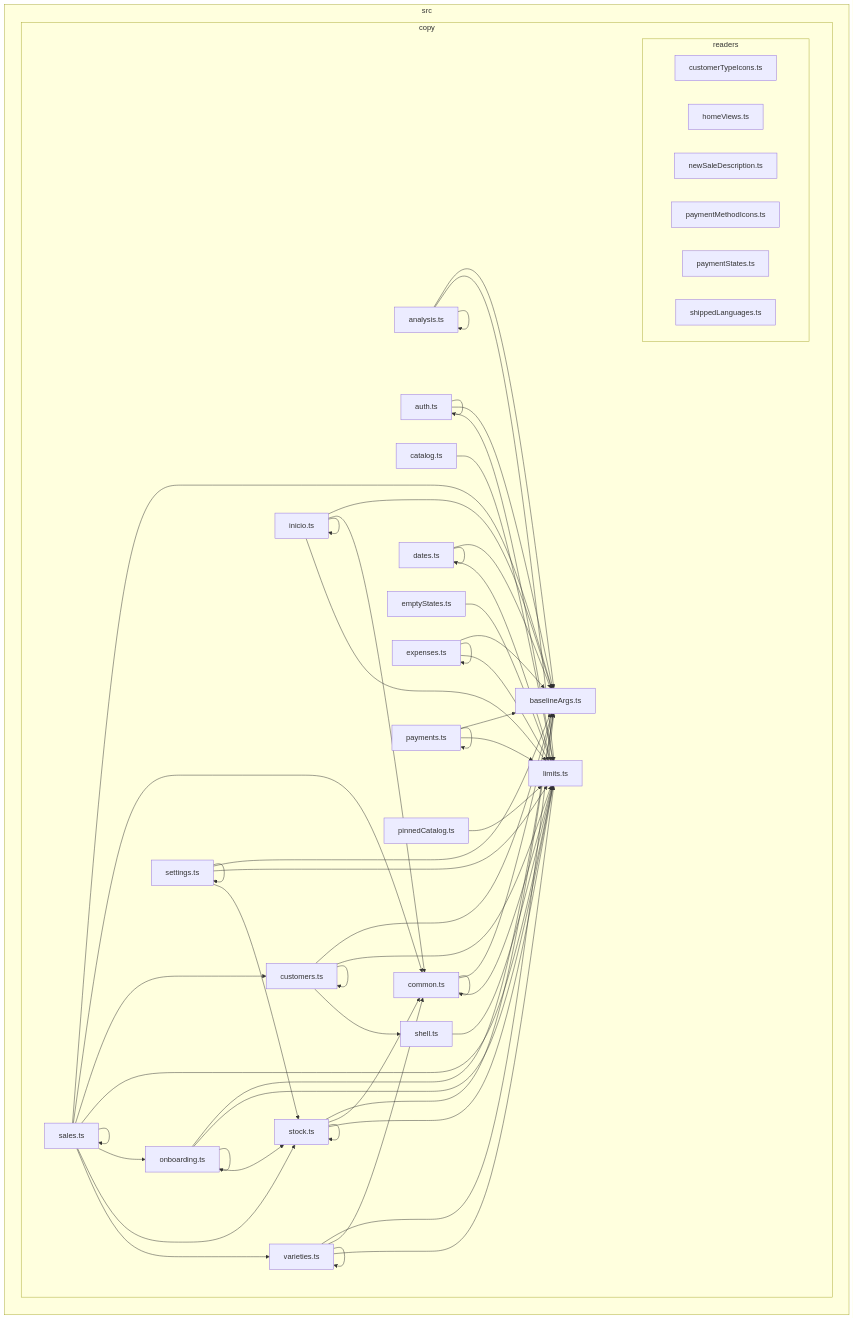
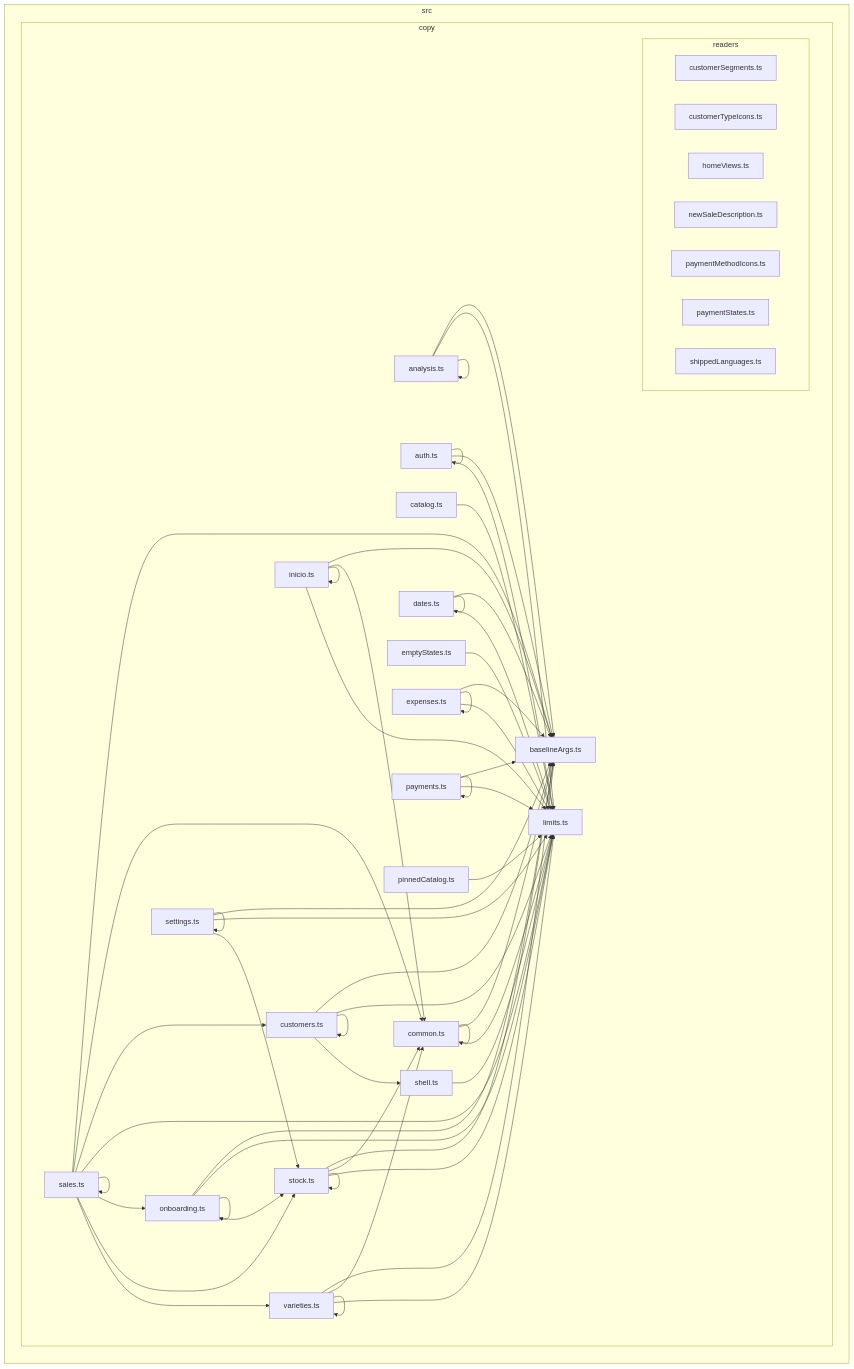
The diagram in docs/architecture/generated/front-modules/copy.md (GonzaloZevallos/apostrophe), drawn with Mermaid before and after one commit.

Commit message:
chore(docs): regenerate [skip ci]

```diff
--- a/docs/architecture/generated/front-modules/copy.md
+++ b/docs/architecture/generated/front-modules/copy.md
@@ -9,6 +9,7 @@
 subgraph src["src"]
   subgraph src_copy["copy"]
     subgraph src_copy_readers["readers"]
+      src_copy_readers_customerSegments_ts["customerSegments.ts"]
       src_copy_readers_customerTypeIcons_ts["customerTypeIcons.ts"]
       src_copy_readers_homeViews_ts["homeViews.ts"]
       src_copy_readers_newSaleDescription_ts["newSaleDescription.ts"]
```
